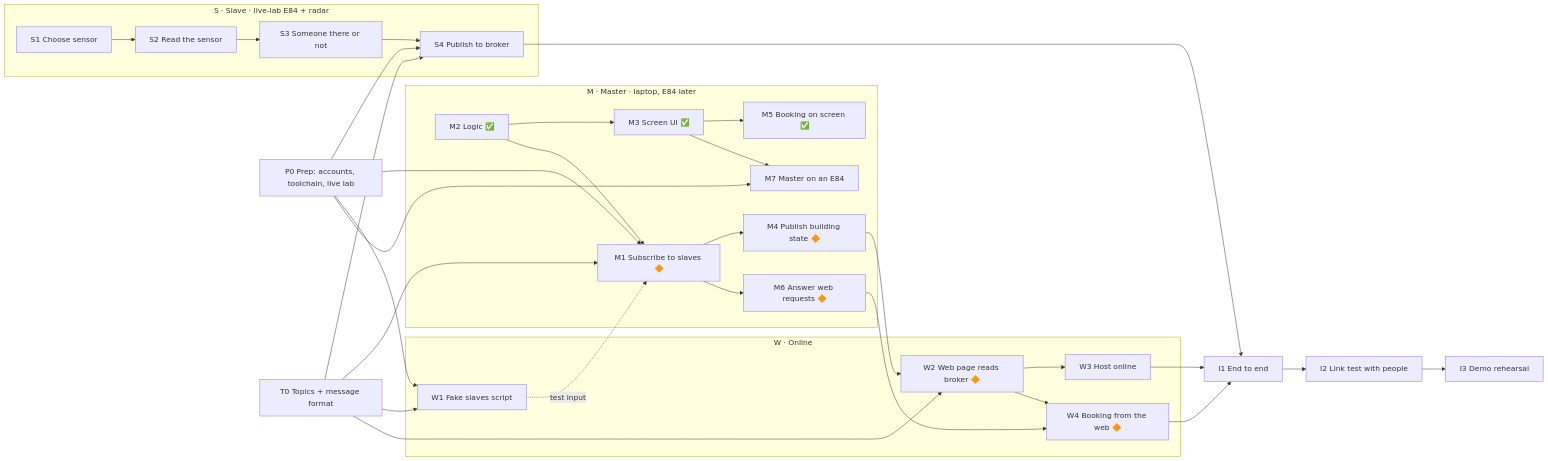
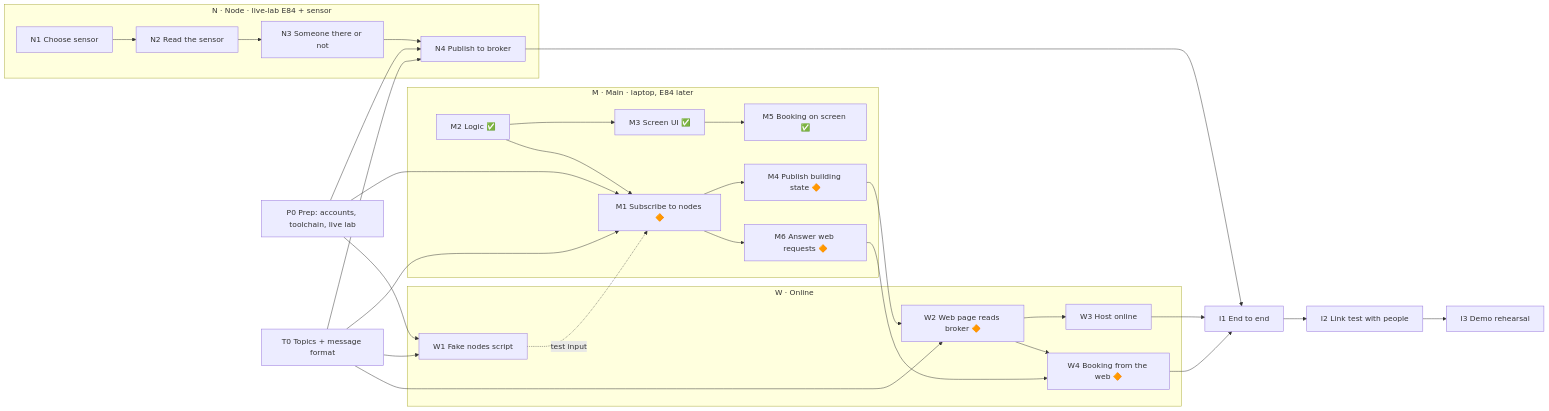
The diagram in TASKS.md (NadaAbbas444/inhabitx), drawn with Mermaid before and after one commit. The commit also changed other lines of this file and 40 other files, not shown here.

First line of the commit message:
Main and nodes, last will, slave-free docs

````diff
--- a/TASKS.md
+++ b/TASKS.md
@@ -20,44 +20,42 @@
 ```mermaid
 flowchart LR
     P0[P0 Prep: accounts, toolchain, live lab]
     T0[T0 Topics + message format]
 
-    subgraph SLAVE["S · Slave · live-lab E84 + radar"]
-        S1[S1 Choose sensor] --> S2[S2 Read the sensor]
-        S2 --> S3[S3 Someone there or not]
-        S3 --> S4[S4 Publish to broker]
+    subgraph NODE["N · Node · live-lab E84 + sensor"]
+        N1[N1 Choose sensor] --> N2[N2 Read the sensor]
+        N2 --> N3[N3 Someone there or not]
+        N3 --> N4[N4 Publish to broker]
     end
 
-    subgraph MASTER["M · Master · laptop, E84 later"]
+    subgraph MAIN["M · Main · laptop, E84 later"]
         M2[M2 Logic ✅] --> M3[M3 Screen UI ✅]
         M3 --> M5[M5 Booking on screen ✅]
-        M1[M1 Subscribe to slaves 🔶] --> M4[M4 Publish building state 🔶]
+        M1[M1 Subscribe to nodes 🔶] --> M4[M4 Publish building state 🔶]
         M1 --> M6[M6 Answer web requests 🔶]
         M2 --> M1
-        M3 --> M7[M7 Master on an E84]
     end
 
     subgraph ONLINE["W · Online"]
-        W1[W1 Fake slaves script]
+        W1[W1 Fake nodes script]
         W2[W2 Web page reads broker 🔶] --> W3[W3 Host online]
         W2 --> W4[W4 Booking from the web 🔶]
     end
 
-    P0 --> S4
+    P0 --> N4
     P0 --> M1
     P0 --> W1
-    P0 --> M7
-    T0 --> S4
+    T0 --> N4
     T0 --> M1
     T0 --> W1
     T0 --> W2
     W1 -. test input .-> M1
     M4 --> W2
     M6 --> W4
 
-    S4 --> I1[I1 End to end]
+    N4 --> I1[I1 End to end]
     W3 --> I1
     W4 --> I1
     I1 --> I2[I2 Link test with people]
     I2 --> I3[I3 Demo rehearsal]
 ```
````
